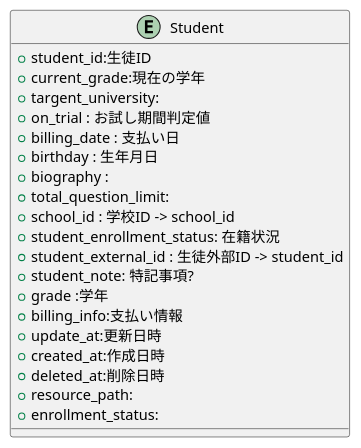
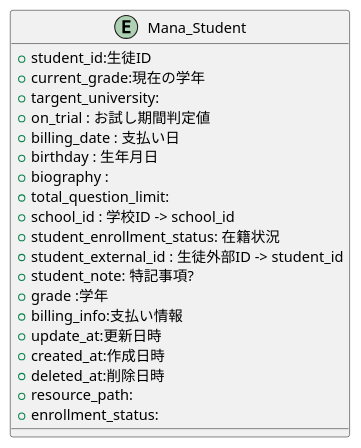
One commit to popoposorara/ERP_ER changed the diagram in Entity/Mana_Student.pu. Above: the diagram before and after it, drawn with PlantUML. The commit also changed 30 other files, not shown here.

```diff
--- a/Entity/Mana_Student.pu
+++ b/Entity/Mana_Student.pu
@@ -1,25 +1,25 @@
 @startuml
 
-entity "Student" {
+entity "Mana_Student" {
     + student_id:生徒ID
     + current_grade:現在の学年
     + targent_university:
     + on_trial : お試し期間判定値
     + billing_date : 支払い日
     + birthday : 生年月日
     + biography : 
     + total_question_limit: 
     + school_id : 学校ID -> school_id
     + student_enrollment_status: 在籍状況
     + student_external_id : 生徒外部ID -> student_id
     + student_note: 特記事項?
     + grade :学年
     + billing_info:支払い情報
     + update_at:更新日時
     + created_at:作成日時
     + deleted_at:削除日時
     + resource_path:
     + enrollment_status:
 }
 
 @enduml
```
